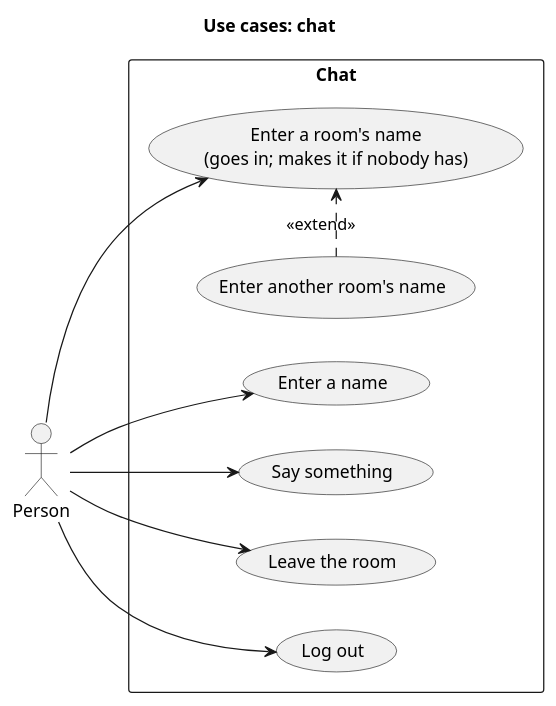
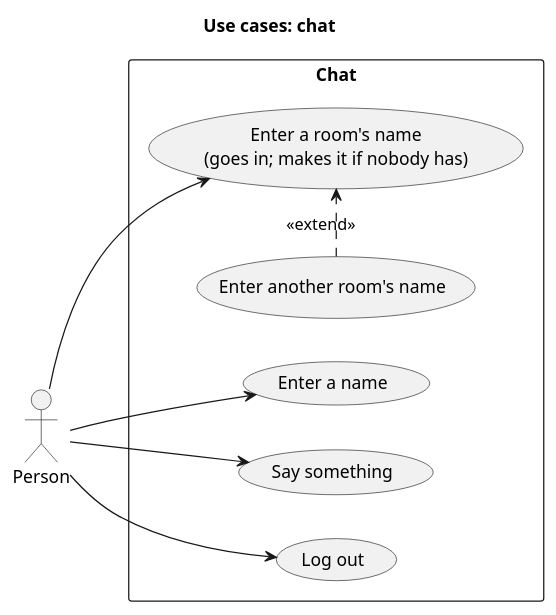
One commit to blueshed/dzql changed the diagram in uml/src/use-cases.puml. Above: the diagram before and after it, drawn with PlantUML. The commit also changed 3 other files, not shown here.

Commit message:
uml: no leaving a room but by entering another, or logging out -- leave() and its use case and transition go

```diff
--- a/uml/src/use-cases.puml
+++ b/uml/src/use-cases.puml
@@ -1,19 +1,17 @@
 @startuml
 title Use cases: chat
 left to right direction
 actor Person
 rectangle "Chat" {
   usecase "Enter a name" as name
   usecase "Enter a room's name\n(goes in; makes it if nobody has)" as room
   usecase "Enter another room's name" as move
   usecase "Say something" as say
-  usecase "Leave the room" as leave
   usecase "Log out" as logout
 }
 Person --> name
 Person --> room
 Person --> say
-Person --> leave
 Person --> logout
 move .> room : <<extend>>
 @enduml
```
